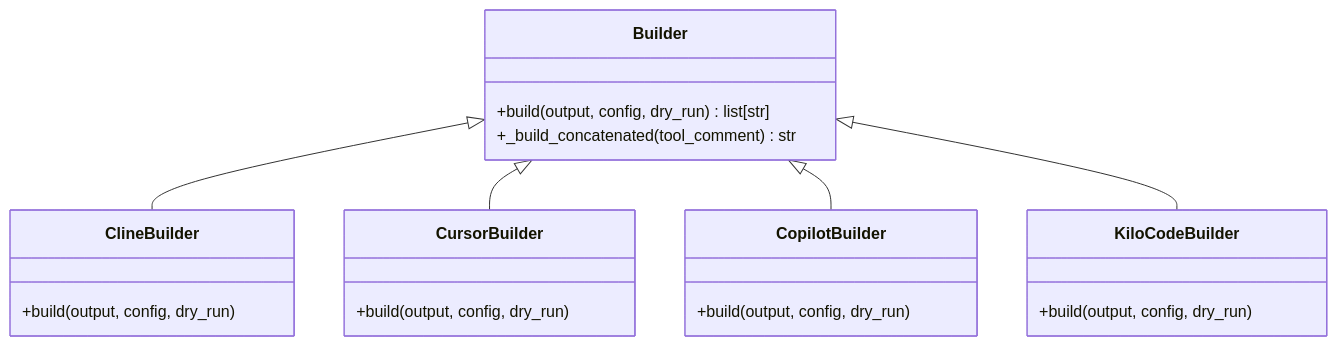
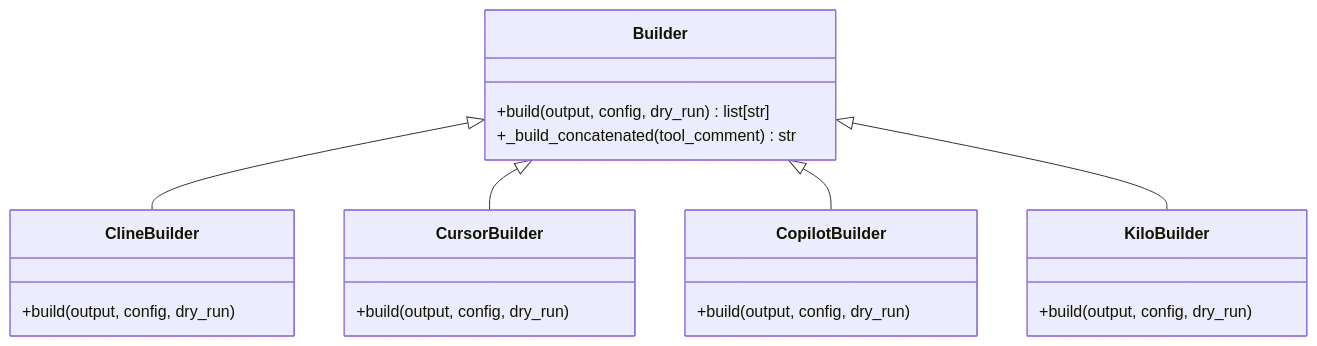
The fourth of 6 diagrams in promptosaurus/PROMPTOSAURUS.md (snoodleboot-io/prompticorn), drawn with Mermaid before and after one commit. The commit also changed other lines of this file and 234 other files, not shown here.

````diff
--- a/promptosaurus/PROMPTOSAURUS.md
+++ b/promptosaurus/PROMPTOSAURUS.md
@@ -121,28 +122,28 @@
 ```mermaid
 classDiagram
     class Builder {
         +build(output, config, dry_run) list[str]
         +_build_concatenated(tool_comment) str
     }
     
     class ClineBuilder {
         +build(output, config, dry_run)
     }
     
     class CursorBuilder {
         +build(output, config, dry_run)
     }
     
     class CopilotBuilder {
         +build(output, config, dry_run)
     }
     
-    class KiloCodeBuilder {
+    class KiloBuilder {
         +build(output, config, dry_run)
     }
     
     Builder <|-- ClineBuilder
     Builder <|-- CursorBuilder
     Builder <|-- CopilotBuilder
-    Builder <|-- KiloCodeBuilder
+    Builder <|-- KiloBuilder
 ```
````
